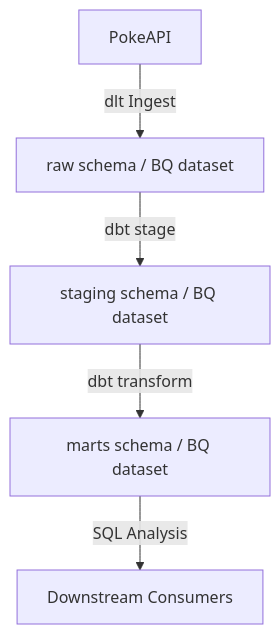
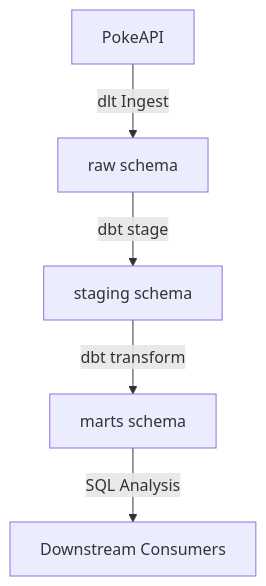
The first of 2 diagrams in labs/lab_3_cloud/solutions/docs/prds/prd-pokemon-analytics.md (SaschaDittmann/ai-driven-data-engineering), drawn with Mermaid before and after one commit. The commit also changed other lines of this file and 2 other files, not shown here.

````diff
--- a/labs/lab_3_cloud/solutions/docs/prds/prd-pokemon-analytics.md
+++ b/labs/lab_3_cloud/solutions/docs/prds/prd-pokemon-analytics.md
@@ -142,7 +155,7 @@
 ```mermaid
 graph TD
-    API[PokeAPI] -->|dlt Ingest| Raw["raw schema / BQ dataset"]
-    Raw -->|dbt stage| Stg["staging schema / BQ dataset"]
-    Stg -->|dbt transform| Marts["marts schema / BQ dataset"]
+    API[PokeAPI] -->|dlt Ingest| Raw[raw schema]
+    Raw -->|dbt stage| Stg[staging schema]
+    Stg -->|dbt transform| Marts[marts schema]
     Marts -->|SQL Analysis| Analyst[Downstream Consumers]
 ```
````
